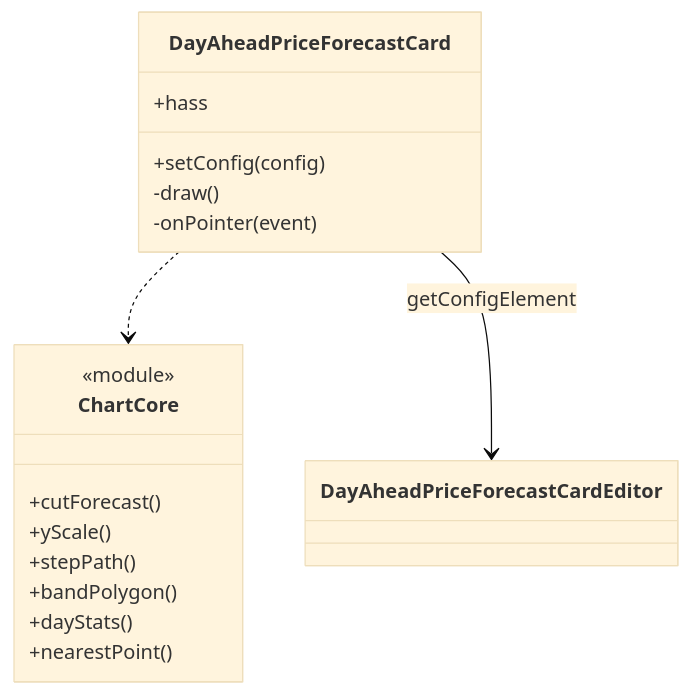
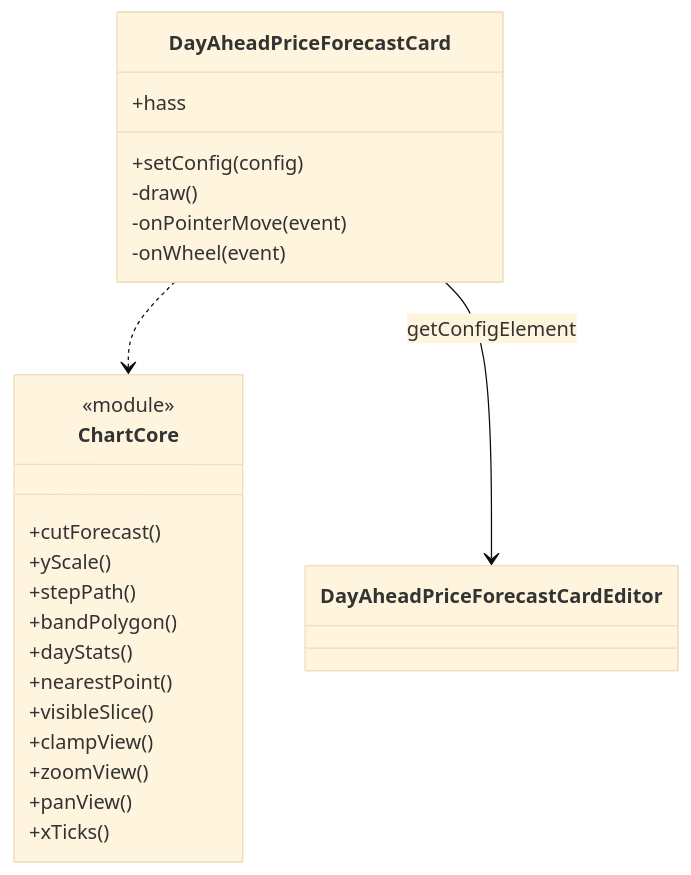
One commit to abroeders/7day-ahead-price-forecast changed the fourth of 5 diagrams in docs/architecture.md. Above: the diagram before and after it, drawn with Mermaid (base theme). The commit also changed other lines of this file and 8 other files, not shown here.

Commit message:
feat(card): zoom and pan on the time axis (#8)

````diff
--- a/docs/architecture.md
+++ b/docs/architecture.md
@@ -150,21 +150,27 @@
 ```mermaid
 classDiagram
   class DayAheadPriceForecastCard {
     +setConfig(config)
     +hass
     -draw()
-    -onPointer(event)
+    -onPointerMove(event)
+    -onWheel(event)
   }
   class DayAheadPriceForecastCardEditor
   class ChartCore {
     <<module>>
     +cutForecast()
     +yScale()
     +stepPath()
     +bandPolygon()
     +dayStats()
     +nearestPoint()
+    +visibleSlice()
+    +clampView()
+    +zoomView()
+    +panView()
+    +xTicks()
   }
   DayAheadPriceForecastCard ..> ChartCore
   DayAheadPriceForecastCard --> DayAheadPriceForecastCardEditor : getConfigElement
 ```
````
